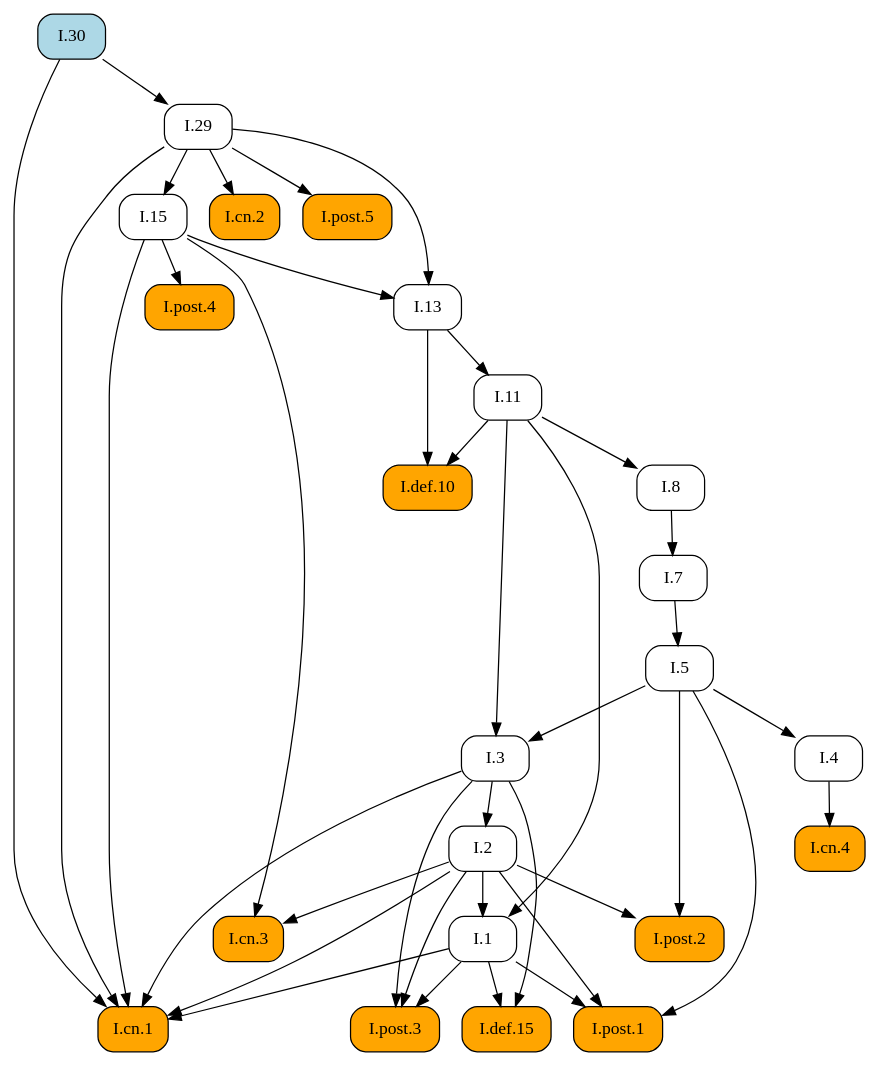
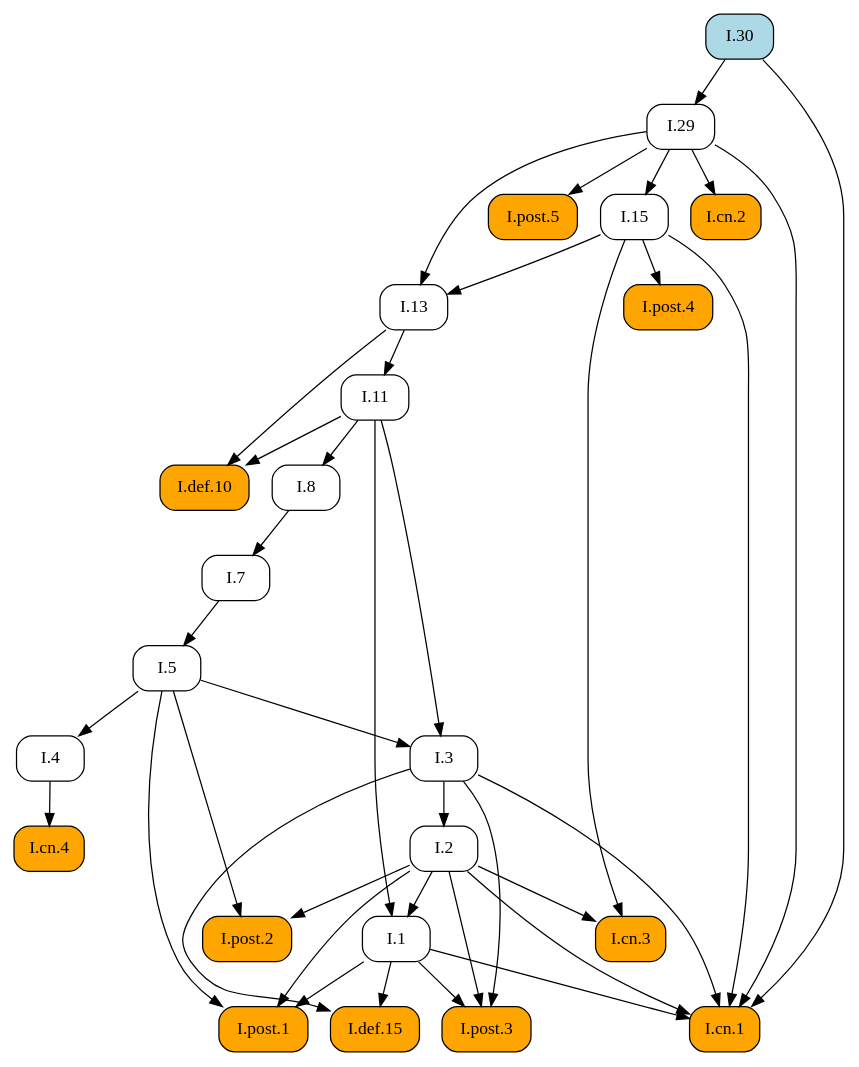
One commit to geometor/elements changed the diagram in docsrc/elements2/I/30/index.rst. Above: the diagram before and after it, drawn with Graphviz. The commit also changed other lines of this file and 171 other files, not shown here.

```diff
--- a/docsrc/elements2/I/30/index.rst
+++ b/docsrc/elements2/I/30/index.rst
@@ -55,67 +55,67 @@
 .. graphviz::
 
    digraph {
      rankdir="TB";
      node [shape=box, style=rounded];
+     "I.8" [URL="/elements2/I/8/", target="_top"];
+     "I.cn.3" [style="rounded,filled", fillcolor=orange, URL="/elements2/I/cn.3/", target="_top"];
+     "I.1" [URL="/elements2/I/1/", target="_top"];
+     "I.cn.4" [style="rounded,filled", fillcolor=orange, URL="/elements2/I/cn.4/", target="_top"];
+     "I.7" [URL="/elements2/I/7/", target="_top"];
+     "I.post.1" [style="rounded,filled", fillcolor=orange, URL="/elements2/I/post.1/", target="_top"];
+     "I.5" [URL="/elements2/I/5/", target="_top"];
+     "I.post.5" [style="rounded,filled", fillcolor=orange, URL="/elements2/I/post.5/", target="_top"];
+     "I.cn.1" [style="rounded,filled", fillcolor=orange, URL="/elements2/I/cn.1/", target="_top"];
+     "I.29" [URL="/elements2/I/29/", target="_top"];
      "I.def.10" [style="rounded,filled", fillcolor=orange, URL="/elements2/I/def.10/", target="_top"];
-     "I.8" [URL="/elements2/I/8/", target="_top"];
+     "I.post.4" [style="rounded,filled", fillcolor=orange, URL="/elements2/I/post.4/", target="_top"];
+     "I.13" [URL="/elements2/I/13/", target="_top"];
      "I.cn.2" [style="rounded,filled", fillcolor=orange, URL="/elements2/I/cn.2/", target="_top"];
-     "I.15" [URL="/elements2/I/15/", target="_top"];
-     "I.post.5" [style="rounded,filled", fillcolor=orange, URL="/elements2/I/post.5/", target="_top"];
+     "I.30" [style="rounded,filled", fillcolor=lightblue, URL="/elements2/I/30/", target="_top"];
      "I.2" [URL="/elements2/I/2/", target="_top"];
      "I.def.15" [style="rounded,filled", fillcolor=orange, URL="/elements2/I/def.15/", target="_top"];
-     "I.cn.4" [style="rounded,filled", fillcolor=orange, URL="/elements2/I/cn.4/", target="_top"];
+     "I.4" [URL="/elements2/I/4/", target="_top"];
+     "I.11" [URL="/elements2/I/11/", target="_top"];
+     "I.15" [URL="/elements2/I/15/", target="_top"];
+     "I.3" [URL="/elements2/I/3/", target="_top"];
+     "I.post.2" [style="rounded,filled", fillcolor=orange, URL="/elements2/I/post.2/", target="_top"];
      "I.post.3" [style="rounded,filled", fillcolor=orange, URL="/elements2/I/post.3/", target="_top"];
-     "I.1" [URL="/elements2/I/1/", target="_top"];
-     "I.post.2" [style="rounded,filled", fillcolor=orange, URL="/elements2/I/post.2/", target="_top"];
-     "I.13" [URL="/elements2/I/13/", target="_top"];
-     "I.30" [style="rounded,filled", fillcolor=lightblue, URL="/elements2/I/30/", target="_top"];
-     "I.post.1" [style="rounded,filled", fillcolor=orange, URL="/elements2/I/post.1/", target="_top"];
-     "I.7" [URL="/elements2/I/7/", target="_top"];
-     "I.post.4" [style="rounded,filled", fillcolor=orange, URL="/elements2/I/post.4/", target="_top"];
-     "I.cn.1" [style="rounded,filled", fillcolor=orange, URL="/elements2/I/cn.1/", target="_top"];
-     "I.3" [URL="/elements2/I/3/", target="_top"];
-     "I.cn.3" [style="rounded,filled", fillcolor=orange, URL="/elements2/I/cn.3/", target="_top"];
-     "I.11" [URL="/elements2/I/11/", target="_top"];
-     "I.29" [URL="/elements2/I/29/", target="_top"];
-     "I.5" [URL="/elements2/I/5/", target="_top"];
-     "I.4" [URL="/elements2/I/4/", target="_top"];
-     "I.11" -> "I.def.10";
-     "I.13" -> "I.def.10";
      "I.11" -> "I.8";
-     "I.29" -> "I.cn.2";
-     "I.29" -> "I.15";
-     "I.29" -> "I.post.5";
-     "I.3" -> "I.2";
-     "I.1" -> "I.def.15";
-     "I.3" -> "I.def.15";
-     "I.4" -> "I.cn.4";
-     "I.1" -> "I.post.3";
-     "I.2" -> "I.post.3";
-     "I.3" -> "I.post.3";
+     "I.2" -> "I.cn.3";
+     "I.15" -> "I.cn.3";
      "I.2" -> "I.1";
      "I.11" -> "I.1";
-     "I.2" -> "I.post.2";
-     "I.5" -> "I.post.2";
-     "I.15" -> "I.13";
-     "I.29" -> "I.13";
+     "I.4" -> "I.cn.4";
+     "I.8" -> "I.7";
      "I.1" -> "I.post.1";
      "I.2" -> "I.post.1";
      "I.5" -> "I.post.1";
-     "I.8" -> "I.7";
-     "I.15" -> "I.post.4";
+     "I.7" -> "I.5";
+     "I.29" -> "I.post.5";
      "I.1" -> "I.cn.1";
      "I.2" -> "I.cn.1";
      "I.3" -> "I.cn.1";
      "I.15" -> "I.cn.1";
      "I.29" -> "I.cn.1";
      "I.30" -> "I.cn.1";
+     "I.30" -> "I.29";
+     "I.11" -> "I.def.10";
+     "I.13" -> "I.def.10";
+     "I.15" -> "I.post.4";
+     "I.15" -> "I.13";
+     "I.29" -> "I.13";
+     "I.29" -> "I.cn.2";
+     "I.3" -> "I.2";
+     "I.1" -> "I.def.15";
+     "I.3" -> "I.def.15";
+     "I.5" -> "I.4";
+     "I.13" -> "I.11";
+     "I.29" -> "I.15";
      "I.5" -> "I.3";
      "I.11" -> "I.3";
-     "I.2" -> "I.cn.3";
-     "I.15" -> "I.cn.3";
-     "I.13" -> "I.11";
-     "I.30" -> "I.29";
-     "I.7" -> "I.5";
-     "I.5" -> "I.4";
+     "I.2" -> "I.post.2";
+     "I.5" -> "I.post.2";
+     "I.1" -> "I.post.3";
+     "I.2" -> "I.post.3";
+     "I.3" -> "I.post.3";
    }
```
